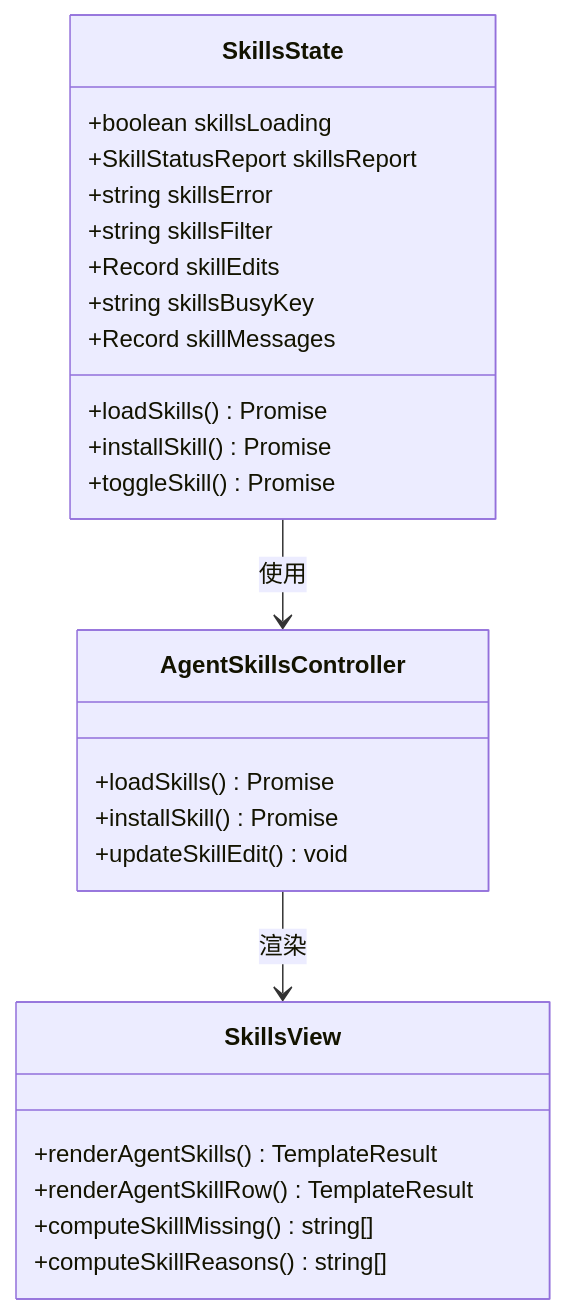
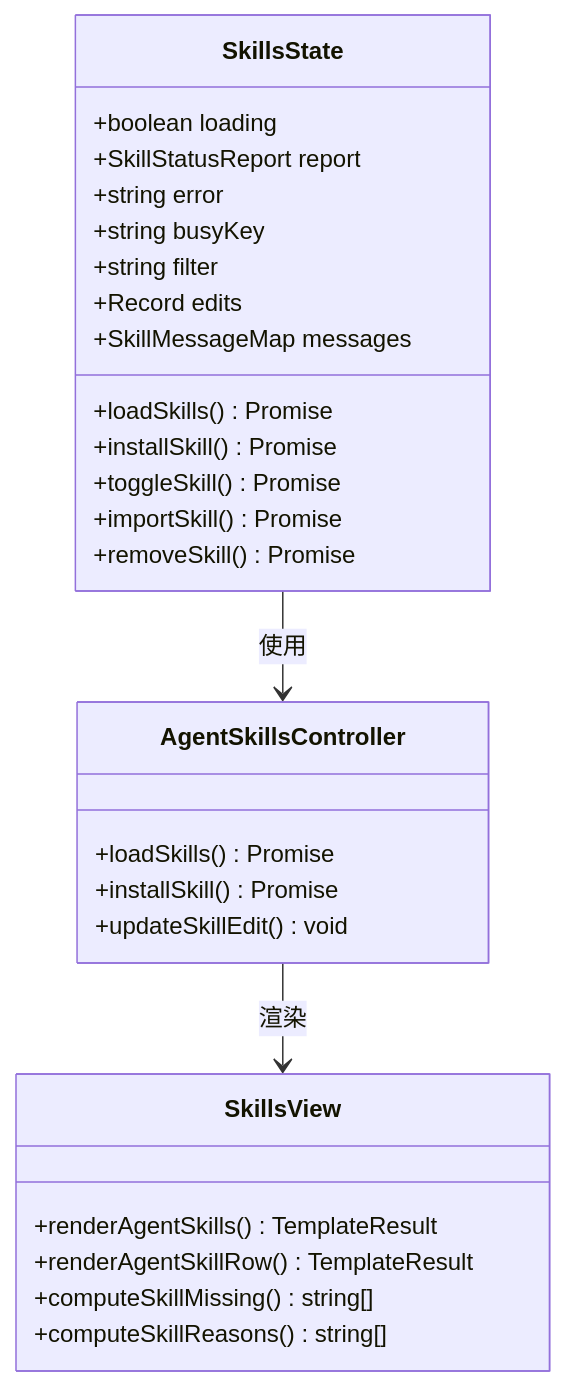
One commit to verse-ai-org/openclaw changed the ninth of 12 diagrams in .qoder/repowiki/zh/content/Web界面/UI组件系统/技能状态管理.md. Above: the diagram before and after it, drawn with Mermaid. The commit also changed other lines of this file and 33 other files, not shown here.

````diff
--- a/.qoder/repowiki/zh/content/Web界面/UI组件系统/技能状态管理.md
+++ b/.qoder/repowiki/zh/content/Web界面/UI组件系统/技能状态管理.md
@@ -300,28 +446,30 @@
 ```mermaid
 classDiagram
 class SkillsState {
-+boolean skillsLoading
-+SkillStatusReport skillsReport
-+string skillsError
-+string skillsFilter
-+Record skillEdits
-+string skillsBusyKey
-+Record skillMessages
++boolean loading
++SkillStatusReport report
++string error
++string busyKey
++string filter
++Record edits
++SkillMessageMap messages
 +loadSkills() Promise
 +installSkill() Promise
 +toggleSkill() Promise
++importSkill() Promise
++removeSkill() Promise
 }
 class AgentSkillsController {
 +loadSkills() Promise
 +installSkill() Promise
 +updateSkillEdit() void
 }
 class SkillsView {
 +renderAgentSkills() TemplateResult
 +renderAgentSkillRow() TemplateResult
 +computeSkillMissing() string[]
 +computeSkillReasons() string[]
 }
 SkillsState --> AgentSkillsController : 使用
 AgentSkillsController --> SkillsView : 渲染
 ```
````
